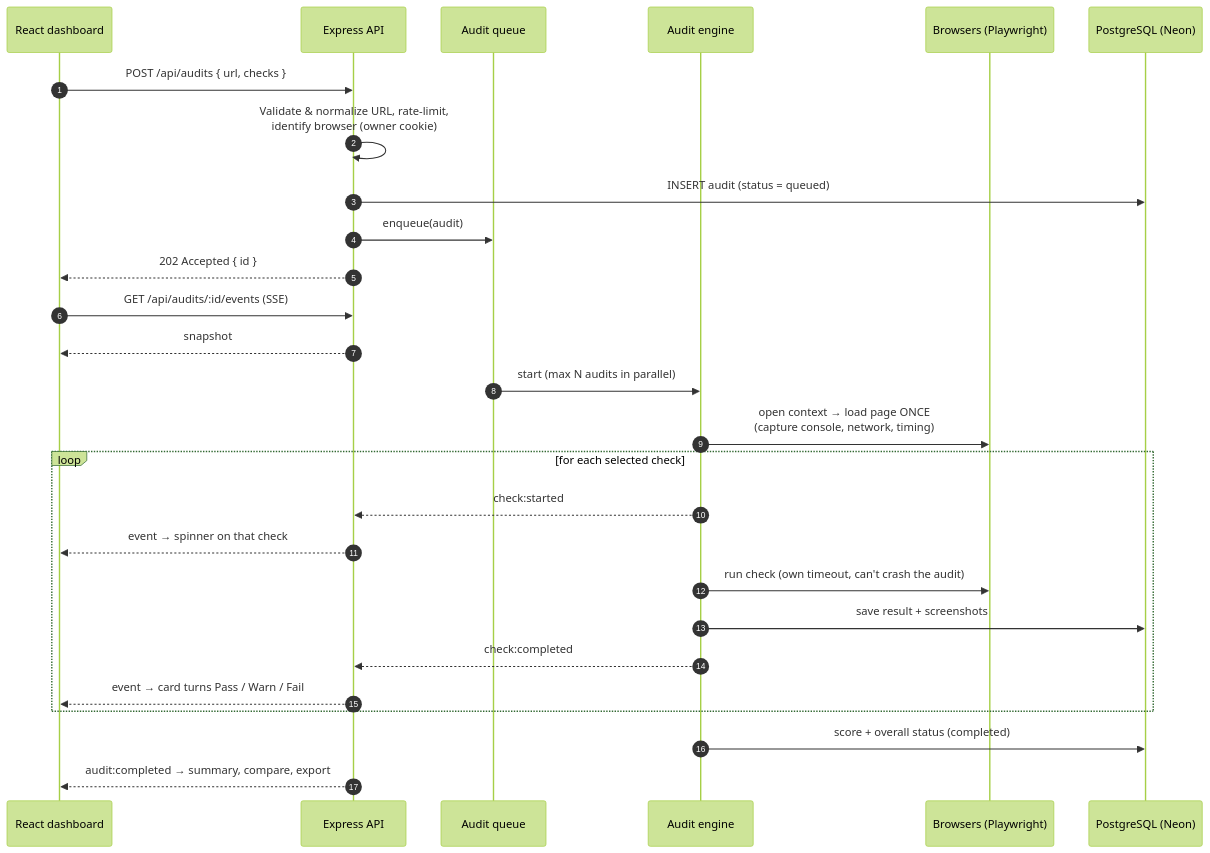
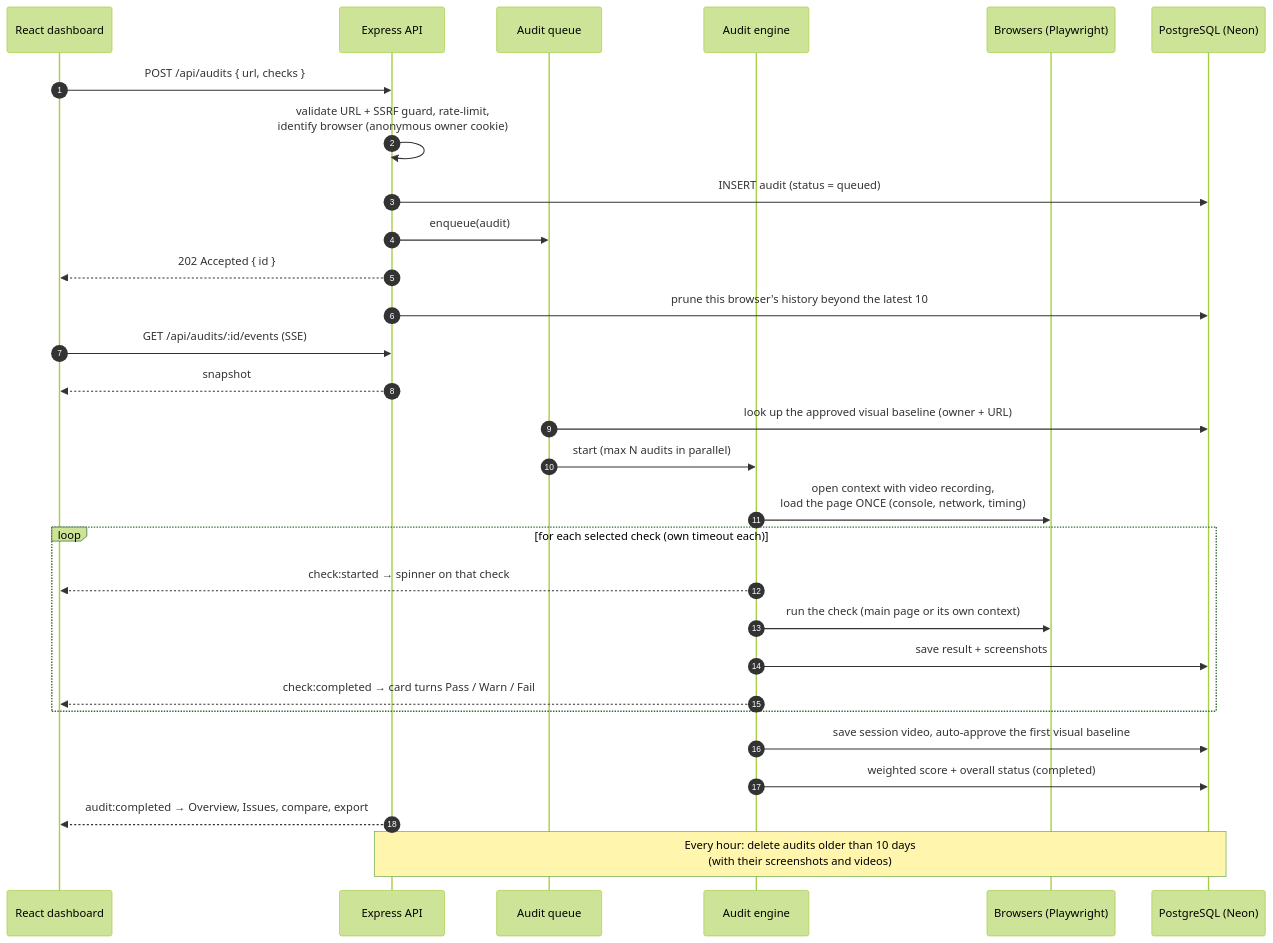
One commit to Pubudugunawardhana/PulseQA-Automated-Web-Auditing changed the second of 5 diagrams in README.md. Above: the diagram before and after it, drawn with Mermaid (forest theme). The commit also changed other lines of this file and 3 other files, not shown here.

````diff
--- a/README.md
+++ b/README.md
@@ -102,31 +116,34 @@
 ```mermaid
 sequenceDiagram
     autonumber
     participant UI as React dashboard
     participant API as Express API
     participant Q as Audit queue
     participant E as Audit engine
     participant B as Browsers (Playwright)
     participant DB as PostgreSQL (Neon)
 
     UI->>API: POST /api/audits { url, checks }
-    API->>API: Validate & normalize URL, rate-limit,<br/>identify browser (owner cookie)
+    API->>API: validate URL + SSRF guard, rate-limit,<br/>identify browser (anonymous owner cookie)
     API->>DB: INSERT audit (status = queued)
     API->>Q: enqueue(audit)
     API-->>UI: 202 Accepted { id }
+    API->>DB: prune this browser's history beyond the latest 10
     UI->>API: GET /api/audits/:id/events (SSE)
     API-->>UI: snapshot
 
+    Q->>DB: look up the approved visual baseline (owner + URL)
     Q->>E: start (max N audits in parallel)
-    E->>B: open context → load page ONCE<br/>(capture console, network, timing)
-    loop for each selected check
-        E-->>API: check:started
-        API-->>UI: event → spinner on that check
-        E->>B: run check (own timeout, can't crash the audit)
+    E->>B: open context with video recording,<br/>load the page ONCE (console, network, timing)
+    loop for each selected check (own timeout each)
+        E-->>UI: check:started → spinner on that check
+        E->>B: run the check (main page or its own context)
         E->>DB: save result + screenshots
-        E-->>API: check:completed
-        API-->>UI: event → card turns Pass / Warn / Fail
+        E-->>UI: check:completed → card turns Pass / Warn / Fail
     end
-    E->>DB: score + overall status (completed)
-    API-->>UI: audit:completed → summary, compare, export
+    E->>DB: save session video, auto-approve the first visual baseline
+    E->>DB: weighted score + overall status (completed)
+    API-->>UI: audit:completed → Overview, Issues, compare, export
+
+    Note over API,DB: Every hour: delete audits older than 10 days<br/>(with their screenshots and videos)
 ```
````
